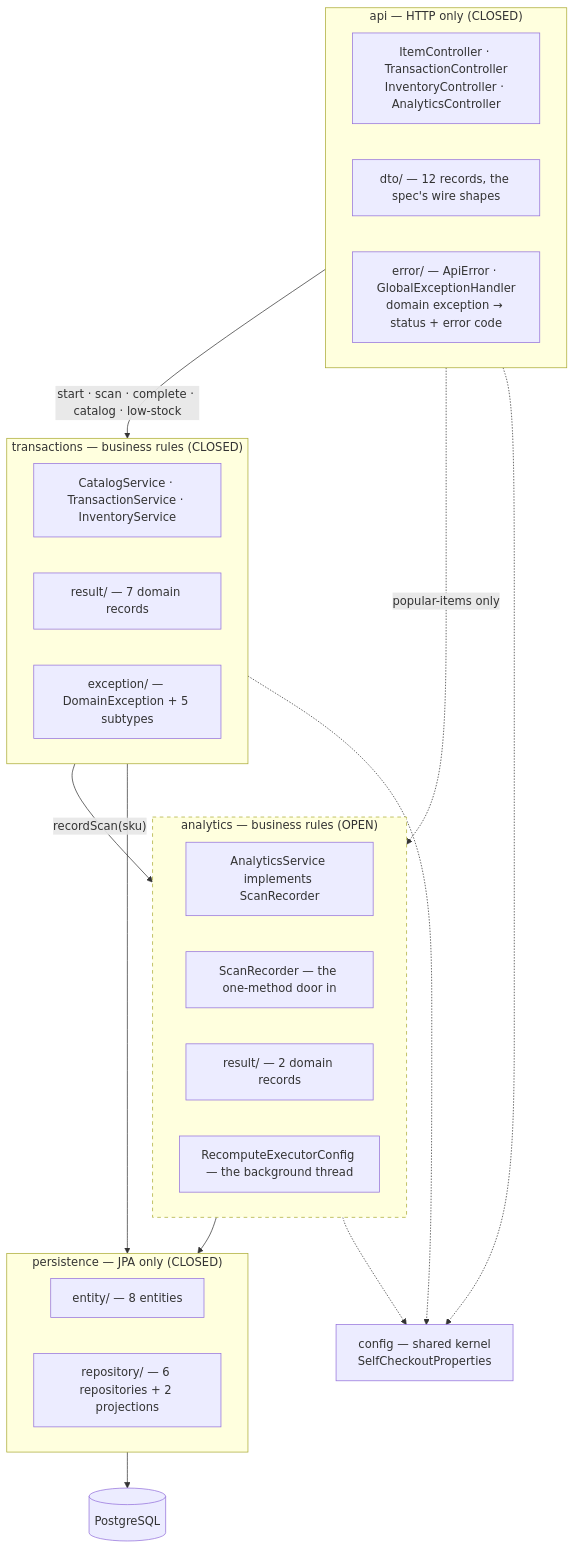
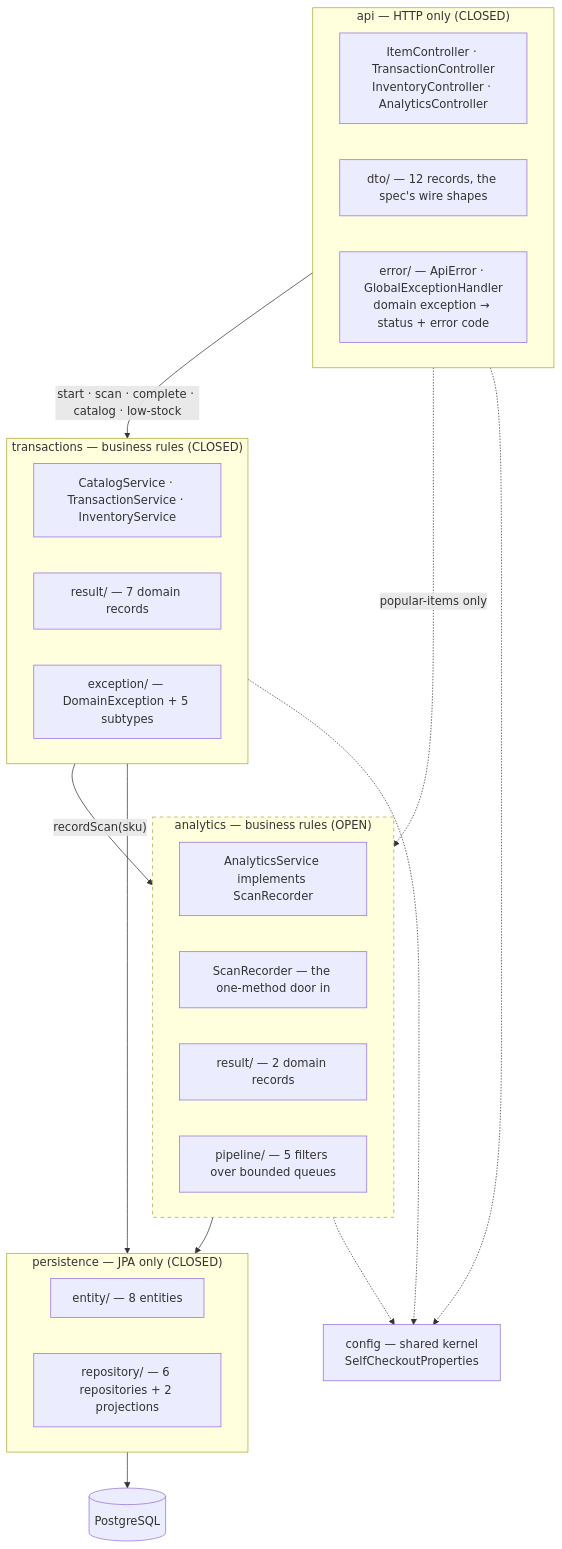
The first of 8 diagrams in DEVELOPER_GUIDE.md (Vatsalya2003/self_checkout_system), drawn with Mermaid before and after one commit. The commit also changed other lines of this file and 37 other files, not shown here.

Commit message:
Pipeline architecture for windowed analytics: ingest, window, rank, sink and scan-log writer filters over blocking-queue pipes, load test reports

````diff
--- a/DEVELOPER_GUIDE.md
+++ b/DEVELOPER_GUIDE.md
@@ -94,42 +98,42 @@
 ```mermaid
 graph TD
     subgraph api["api — HTTP only (CLOSED)"]
         A1["ItemController · TransactionController<br/>InventoryController · AnalyticsController"]
         A2["dto/ — 12 records, the spec's wire shapes"]
         A3["error/ — ApiError · GlobalExceptionHandler<br/>domain exception → status + error code"]
     end
 
     subgraph tx["transactions — business rules (CLOSED)"]
         T1["CatalogService · TransactionService · InventoryService"]
         T2["result/ — 7 domain records"]
         T3["exception/ — DomainException + 5 subtypes"]
     end
 
     subgraph an["analytics — business rules (OPEN)"]
         N1["AnalyticsService implements ScanRecorder"]
         N2["ScanRecorder — the one-method door in"]
         N3["result/ — 2 domain records"]
-        N4["RecomputeExecutorConfig — the background thread"]
+        N4["pipeline/ — 5 filters over bounded queues"]
     end
 
     subgraph per["persistence — JPA only (CLOSED)"]
         P1["entity/ — 8 entities"]
         P2["repository/ — 6 repositories + 2 projections"]
     end
 
     CFG["config — shared kernel<br/>SelfCheckoutProperties"]
     DB[("PostgreSQL")]
 
     api -->|"start · scan · complete · catalog · low-stock"| tx
     api -.->|"popular-items only"| an
     tx -->|"recordScan(sku)"| an
     tx --> per
     an --> per
     per --> DB
     api -.-> CFG
     tx -.-> CFG
     an -.-> CFG
 
     classDef openLayer stroke-dasharray:5 5
     class an openLayer
 ```
````
